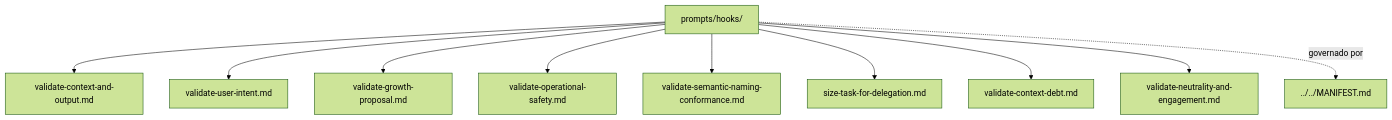
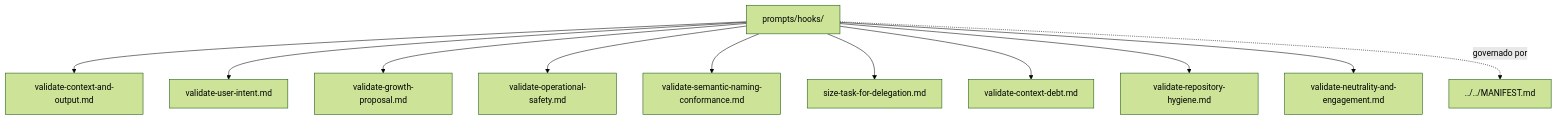
The diagram in prompts/hooks/README.md (moreira-and/agent-ops), drawn with Mermaid (forest theme) before and after one commit. The commit also changed other lines of this file and 14 other files, not shown here.

````diff
--- a/prompts/hooks/README.md
+++ b/prompts/hooks/README.md
@@ -96,13 +98,14 @@
 ```mermaid
 flowchart TD
     current["prompts/hooks/"]
     current --> n1["validate-context-and-output.md"]
     current --> n2["validate-user-intent.md"]
     current --> n3["validate-growth-proposal.md"]
     current --> n4["validate-operational-safety.md"]
     current --> n5["validate-semantic-naming-conformance.md"]
     current --> n6["size-task-for-delegation.md"]
     current --> n7["validate-context-debt.md"]
-    current --> n8["validate-neutrality-and-engagement.md"]
-    current -. "governado por" .-> n9["../../MANIFEST.md"]
+    current --> n8["validate-repository-hygiene.md"]
+    current --> n9["validate-neutrality-and-engagement.md"]
+    current -. "governado por" .-> n10["../../MANIFEST.md"]
 ```
````
